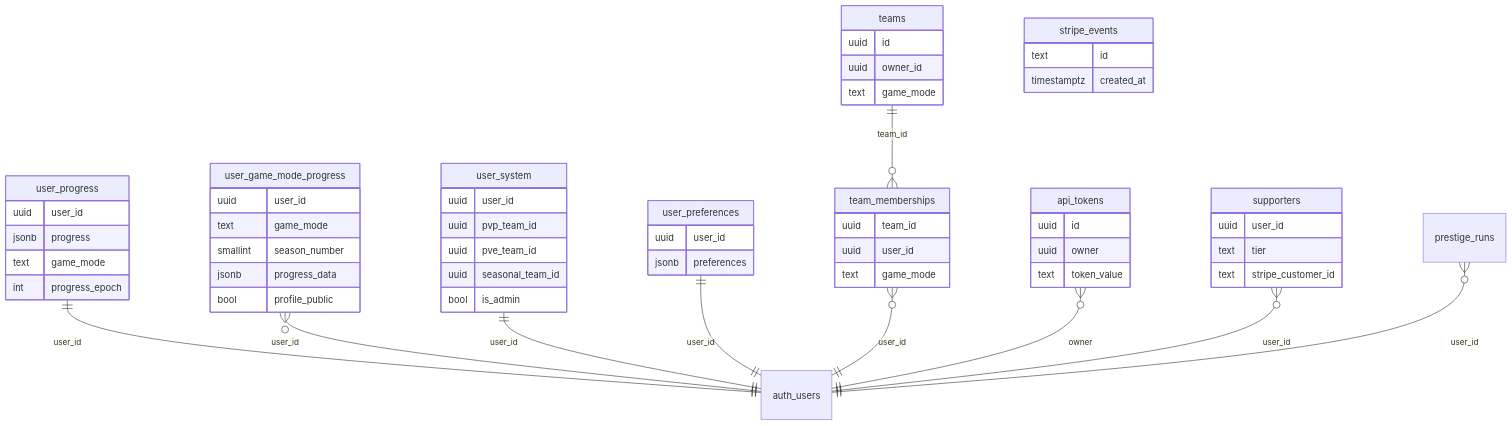
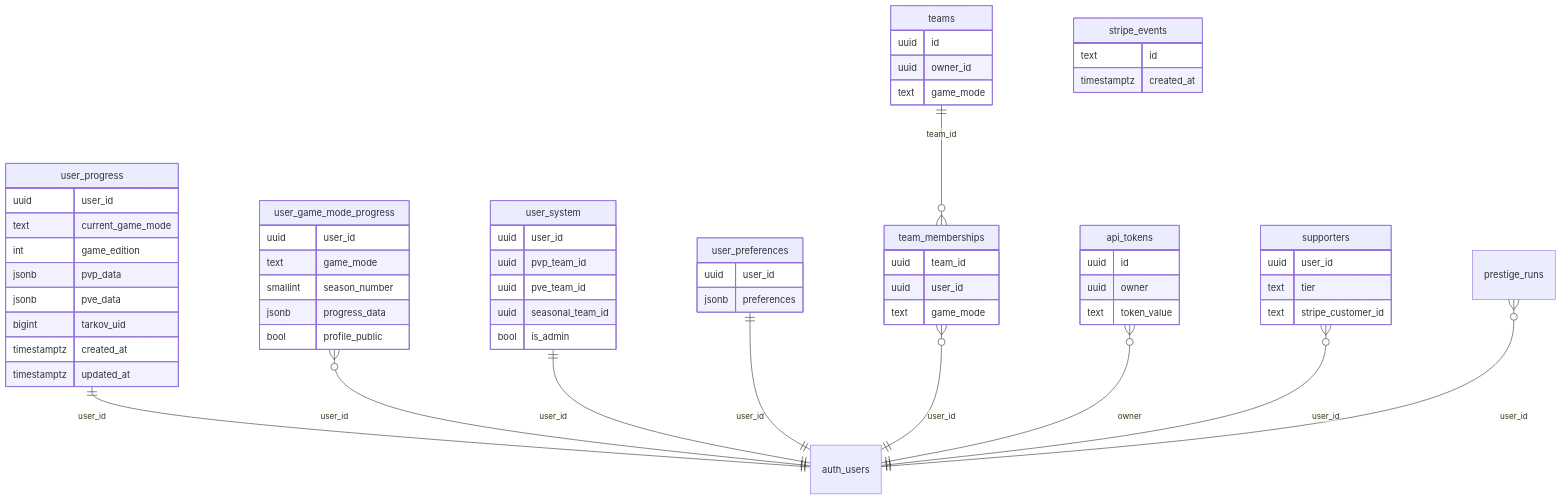
The third of 3 diagrams in docs/agent-context/summary/data_models.md (tarkovtracker-org/TarkovTracker), drawn with Mermaid before and after one commit. The commit also changed other lines of this file and 3 other files, not shown here.

````diff
--- a/docs/agent-context/summary/data_models.md
+++ b/docs/agent-context/summary/data_models.md
@@ -181,61 +189,65 @@
 ```mermaid
 erDiagram
     user_progress ||--|| auth_users : "user_id"
     user_game_mode_progress }o--|| auth_users : "user_id"
     user_system ||--|| auth_users : "user_id"
     user_preferences ||--|| auth_users : "user_id"
     teams ||--o{ team_memberships : "team_id"
     team_memberships }o--|| auth_users : "user_id"
     api_tokens }o--|| auth_users : "owner"
     supporters }o--|| auth_users : "user_id"
     prestige_runs }o--|| auth_users : "user_id"
 
     user_progress {
         uuid user_id
-        jsonb progress
-        text game_mode
-        int progress_epoch
+        text current_game_mode
+        int game_edition
+        jsonb pvp_data
+        jsonb pve_data
+        bigint tarkov_uid
+        timestamptz created_at
+        timestamptz updated_at
     }
     user_game_mode_progress {
         uuid user_id
         text game_mode
         smallint season_number
         jsonb progress_data
         bool profile_public
     }
     user_system {
         uuid user_id
         uuid pvp_team_id
         uuid pve_team_id
         uuid seasonal_team_id
         bool is_admin
     }
     user_preferences {
         uuid user_id
         jsonb preferences
     }
     teams {
         uuid id
         uuid owner_id
         text game_mode
     }
     team_memberships {
         uuid team_id
         uuid user_id
         text game_mode
     }
     api_tokens {
         uuid id
         uuid owner
         text token_value
     }
     supporters {
         uuid user_id
         text tier
         text stripe_customer_id
     }
     stripe_events {
         text id
         timestamptz created_at
     }
 ```
````
